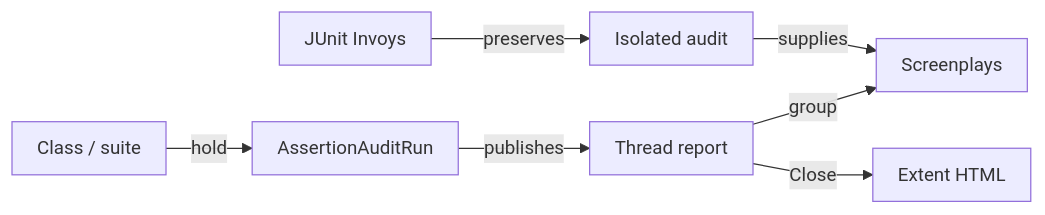
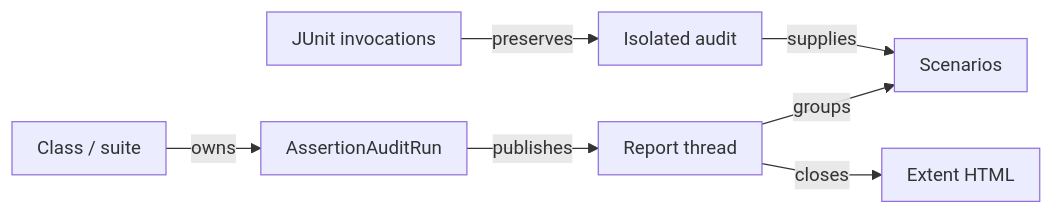
Before and after one commit to crististefanita/atf_j0: diagram 16 of 18 in atf-reporting/README.md, drawn with Mermaid. The commit also changed other lines of this file and 13 other files, not shown here.

````diff
--- a/atf-reporting/README.md
+++ b/atf-reporting/README.md
@@ -1663,10 +1518,10 @@
 ```mermaid
 %%{init: {"themeVariables":{"fontSize":"15px"},"themeCSS":".nodeLabel, .nodeLabel p { font-size: 15px !important; line-height: 1.35 !important; } .edgeLabel, .edgeLabel p { font-size: 12px !important; font-weight: 400 !important; line-height: 1.2 !important; } .edgeLabel .labelBkg, .edgeLabel p { background: transparent !important; } .edgeLabel foreignObject { transform: translateY(-18px); overflow: visible; } .node rect { rx: 6px; ry: 6px; }","flowchart":{"curve":"linear","nodeSpacing":24,"rankSpacing":40,"padding":10,"diagramPadding":16}}}%%
 flowchart LR
-    Scope["Class / suite"] -->|hold| Run["AssertionAuditRun"]
-    Run -->|publishes| Worker["Thread report"]
-    Invocation["JUnit Invoys"] -->|preserves| Audit["Isolated audit"]
-    Audit -->|supplies| Scenario["Screenplays"]
-    Worker -->|group| Scenario
-    Worker -->|Close| Artifact["Extent HTML"]
+    Scope["Class / suite"] -->|owns| Run["AssertionAuditRun"]
+    Run -->|publishes| Worker["Report thread"]
+    Invocation["JUnit invocations"] -->|preserves| Audit["Isolated audit"]
+    Audit -->|supplies| Scenario["Scenarios"]
+    Worker -->|groups| Scenario
+    Worker -->|closes| Artifact["Extent HTML"]
 ```
````
